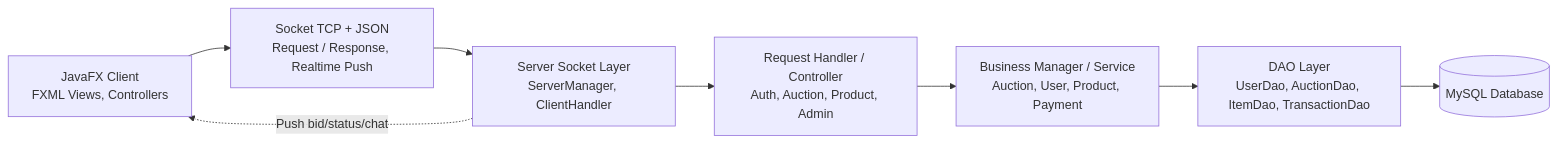
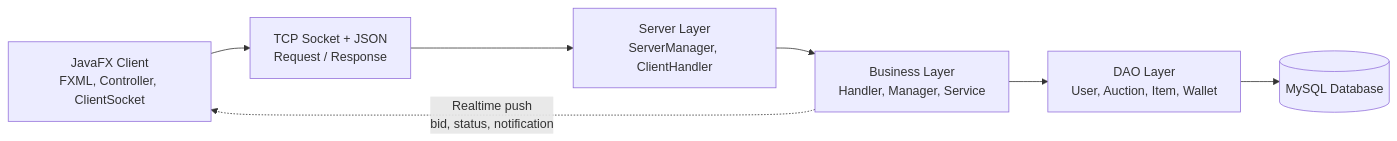
One commit to Team-09-LTNC/Online-auction-system changed the diagram in README.md. Above: the diagram before and after it, drawn with Mermaid. The commit also changed other lines of this file, not shown here.

````diff
--- a/README.md
+++ b/README.md
@@ -30,13 +30,12 @@
 ```mermaid
 flowchart LR
-    client["JavaFX Client<br/>FXML Views, Controllers"]
-    socket["Socket TCP + JSON<br/>Request / Response, Realtime Push"]
-    server["Server Socket Layer<br/>ServerManager, ClientHandler"]
-    handler["Request Handler / Controller<br/>Auth, Auction, Product, Admin"]
-    service["Business Manager / Service<br/>Auction, User, Product, Payment"]
-    dao["DAO Layer<br/>UserDao, AuctionDao, ItemDao, TransactionDao"]
+    client["JavaFX Client<br/>FXML, Controller, ClientSocket"]
+    network["TCP Socket + JSON<br/>Request / Response"]
+    server["Server Layer<br/>ServerManager, ClientHandler"]
+    business["Business Layer<br/>Handler, Manager, Service"]
+    dao["DAO Layer<br/>User, Auction, Item, Wallet"]
     db[("MySQL Database")]
 
-    client --> socket --> server --> handler --> service --> dao --> db
-    server -. "Push bid/status/chat" .-> client
+    client --> network --> server --> business --> dao --> db
+    business -. "Realtime push<br/>bid, status, notification" .-> client
 ```
````
